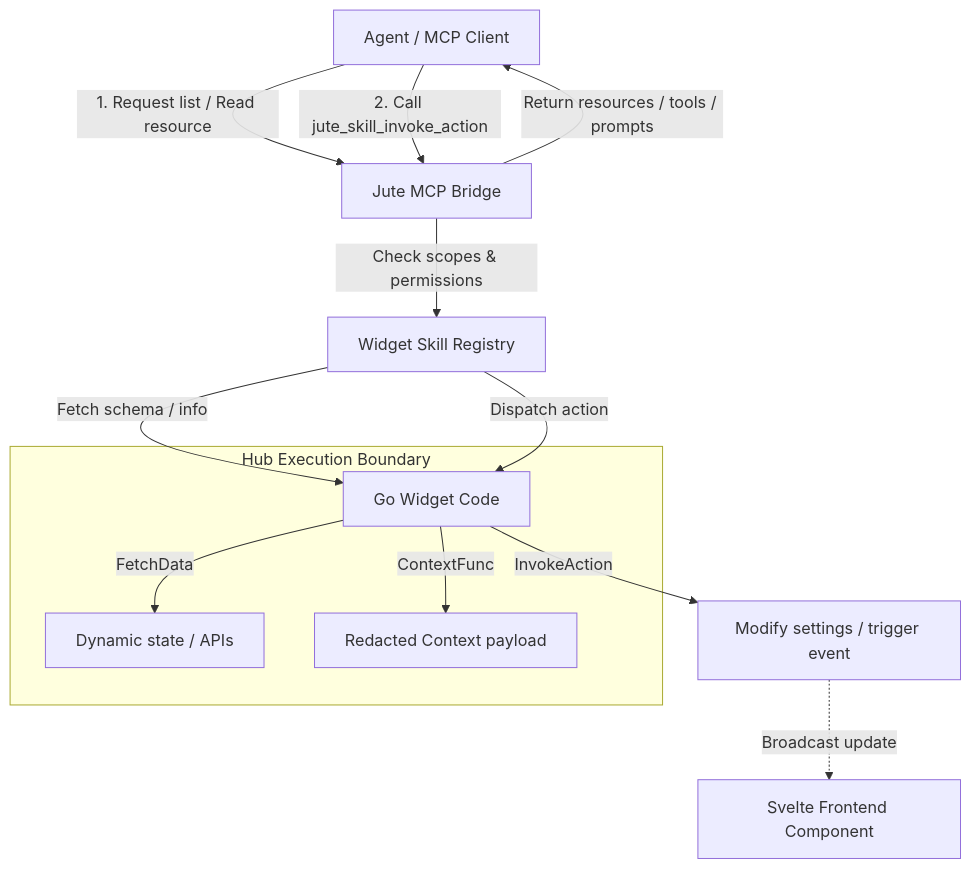
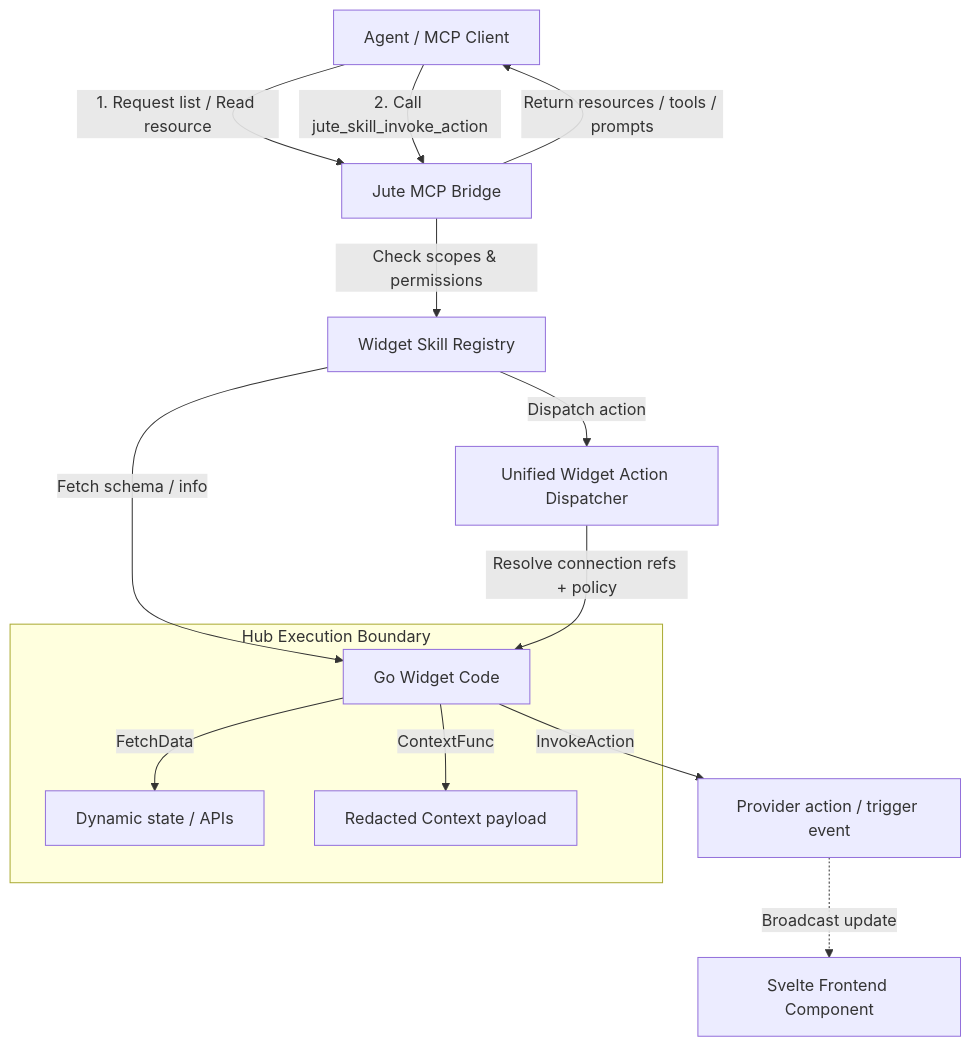
Before and after one commit to juteai/jute-dash: the diagram in docs/architecture/widget-skills.md, drawn with Mermaid. The commit also changed other lines of this file and 56 other files, not shown here.

````diff
--- a/docs/architecture/widget-skills.md
+++ b/docs/architecture/widget-skills.md
@@ -24,19 +24,20 @@
 ```mermaid
 flowchart TD
     Agent[Agent / MCP Client] -->|1. Request list / Read resource| Bridge[Jute MCP Bridge]
     Agent -->|2. Call jute_skill_invoke_action| Bridge
 
     Bridge -->|Check scopes & permissions| Registry[Widget Skill Registry]
     Registry -->|Fetch schema / info| GoWidget[Go Widget Code]
 
     subgraph Execution [Hub Execution Boundary]
         GoWidget -->|FetchData| Data[Dynamic state / APIs]
         GoWidget -->|ContextFunc| Context[Redacted Context payload]
     end
 
     Bridge -->|Return resources / tools / prompts| Agent
 
-    Registry -->|Dispatch action| GoWidget
-    GoWidget -->|InvokeAction| ActionExec[Modify settings / trigger event]
+    Registry -->|Dispatch action| Dispatcher[Unified Widget Action Dispatcher]
+    Dispatcher -->|Resolve connection refs + policy| GoWidget
+    GoWidget -->|InvokeAction| ActionExec[Provider action / trigger event]
     ActionExec -.->|Broadcast update| Svelte[Svelte Frontend Component]
 ```
````
